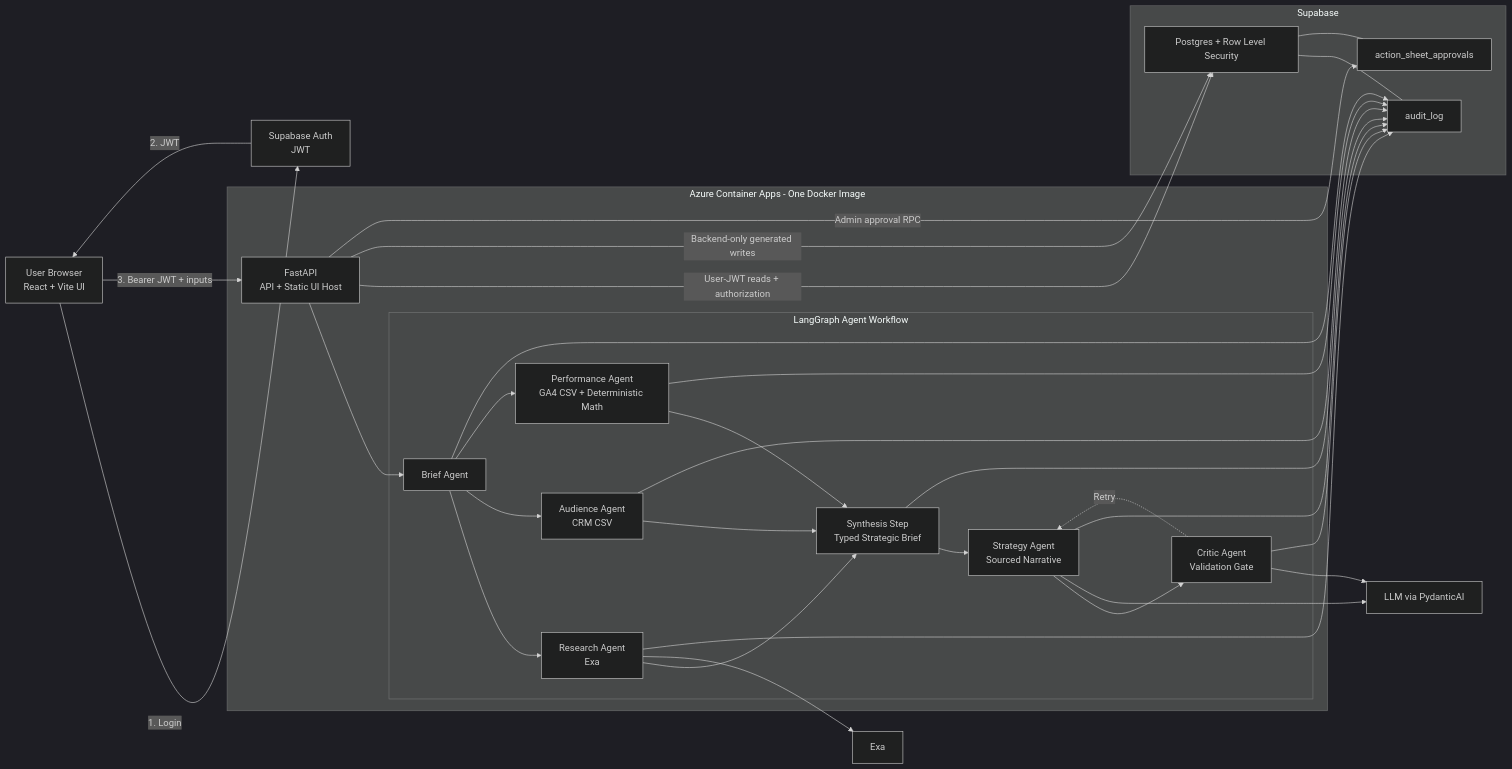
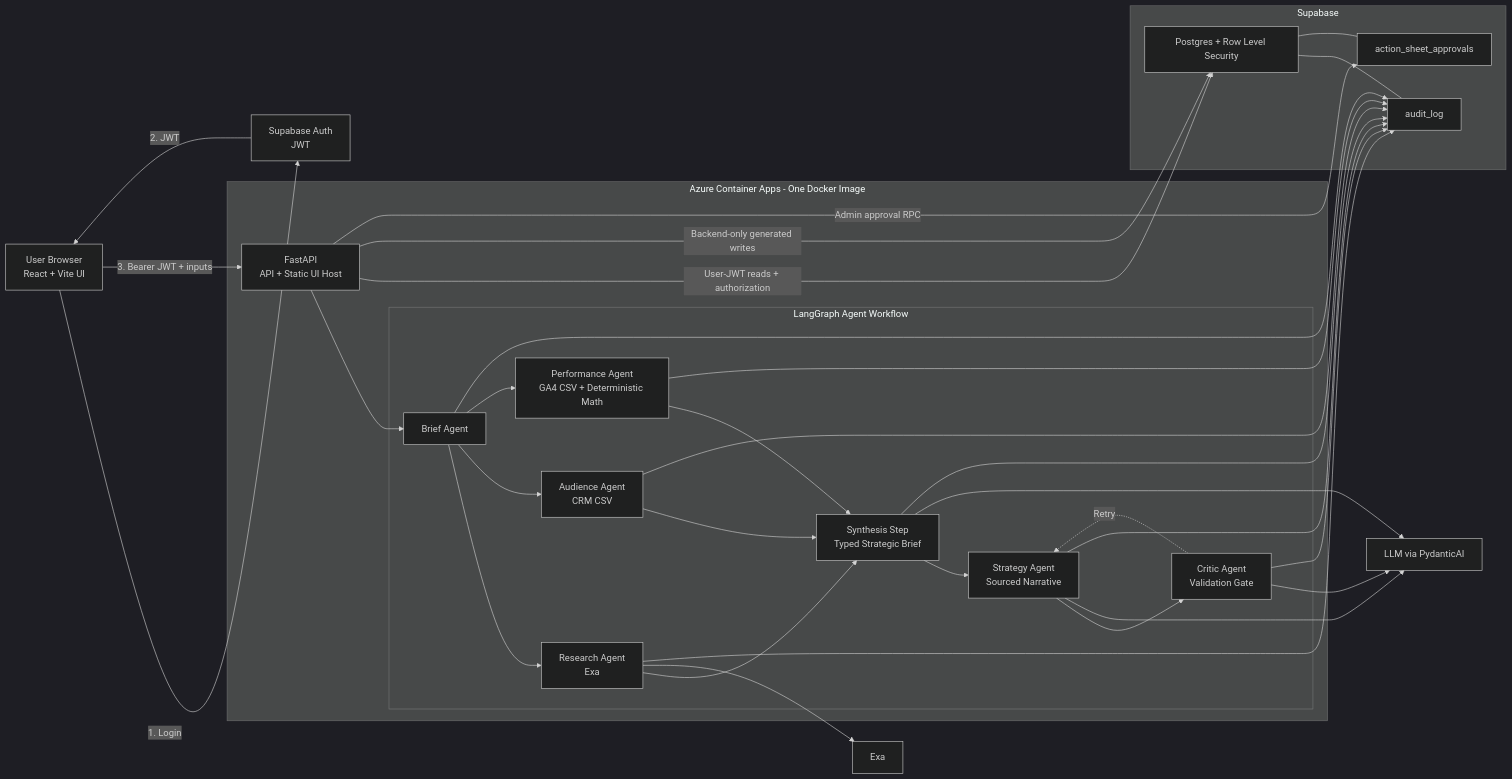
One commit to georgeschamma/mira-agent changed the diagram in SUBMISSION.md. Above: the diagram before and after it, drawn with Mermaid (dark theme). The commit also changed other lines of this file and 15 other files, not shown here.

````diff
--- a/SUBMISSION.md
+++ b/SUBMISSION.md
@@ -32,56 +34,57 @@
 ```mermaid
 flowchart LR
     Browser["User Browser<br/>React + Vite UI"]
     Auth["Supabase Auth<br/>JWT"]
 
     subgraph Azure["Azure Container Apps - One Docker Image"]
         FastAPI["FastAPI<br/>API + Static UI Host"]
         subgraph Graph["LangGraph Agent Workflow"]
             Brief["Brief Agent"]
             Research["Research Agent<br/>Exa"]
             Audience["Audience Agent<br/>CRM CSV"]
             Performance["Performance Agent<br/>GA4 CSV + Deterministic Math"]
             Synthesize["Synthesis Step<br/>Typed Strategic Brief"]
             Strategy["Strategy Agent<br/>Sourced Narrative"]
             Critic["Critic Agent<br/>Validation Gate"]
             Brief --> Research
             Brief --> Audience
             Brief --> Performance
             Research --> Synthesize
             Audience --> Synthesize
             Performance --> Synthesize
             Synthesize --> Strategy
             Strategy --> Critic
             Critic -.->|Retry| Strategy
         end
         FastAPI --> Brief
     end
 
     subgraph Supabase["Supabase"]
         RLS["Postgres + Row Level Security"]
         Audit["audit_log"]
         Approval["action_sheet_approvals"]
     end
 
     Exa["Exa"]
     LLM["LLM via PydanticAI"]
  
     Browser -->|"1. Login"| Auth
     Auth -->|"2. JWT"| Browser
     Browser -->|"3. Bearer JWT + inputs"| FastAPI
     FastAPI -->|"User-JWT reads + authorization"| RLS
     FastAPI -->|"Backend-only generated writes"| RLS
     FastAPI -->|"Admin approval RPC"| Approval
     Research --> Exa
+    Synthesize --> LLM
     Strategy --> LLM
     Critic --> LLM
     Brief --> Audit
     Research --> Audit
     Audience --> Audit
     Performance --> Audit
     Synthesize --> Audit
     Strategy --> Audit
     Critic --> Audit
     RLS --- Audit
     RLS --- Approval
 ```
````
